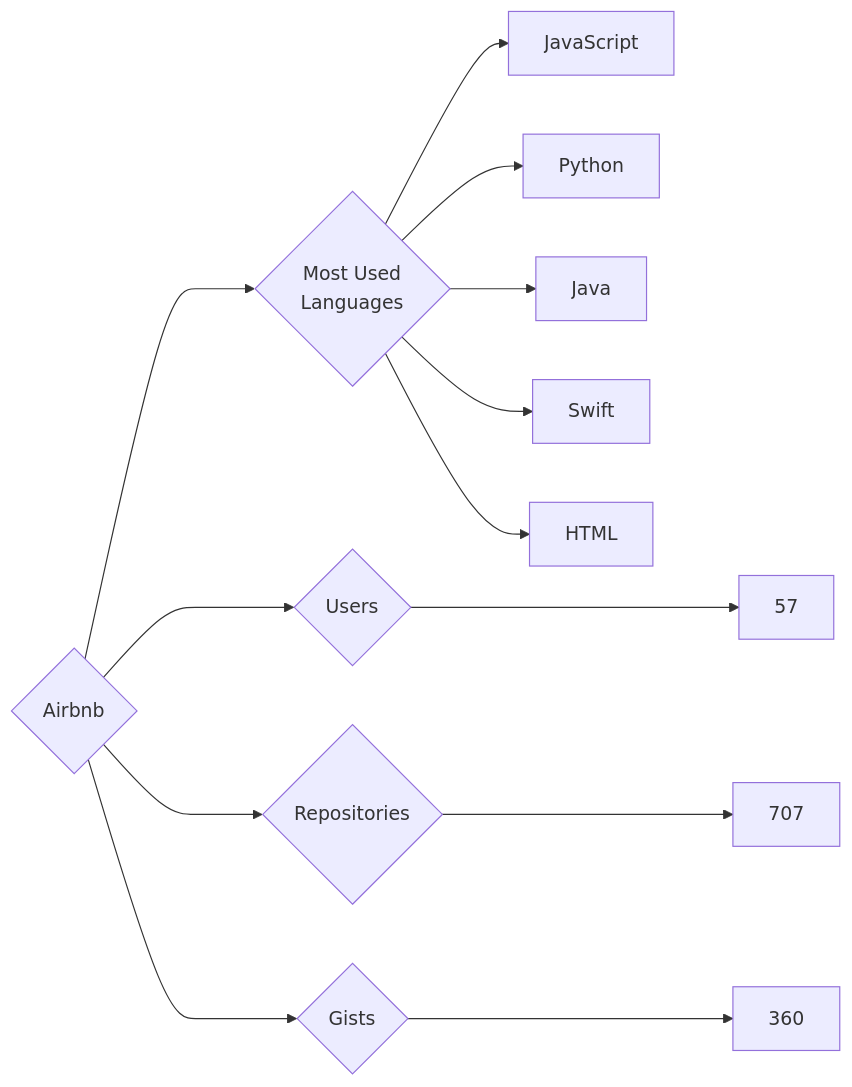
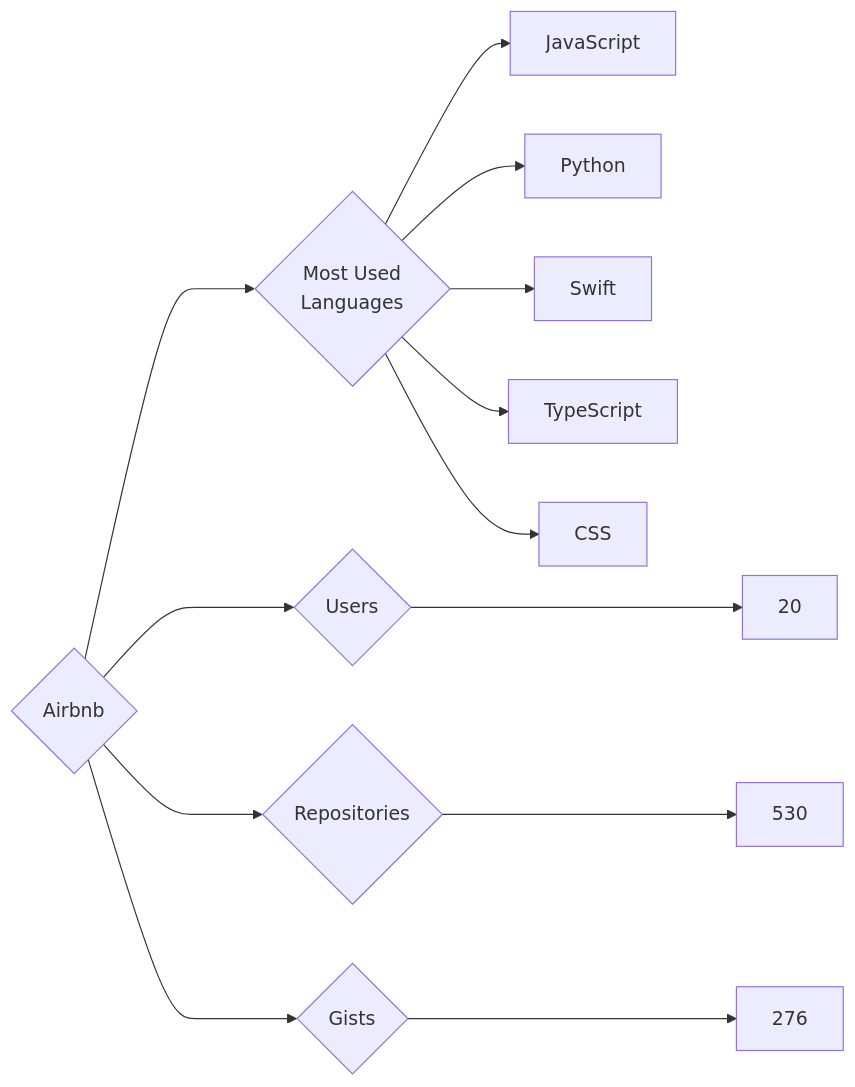
Before and after one commit to trickest/insiders: the diagram in targets/Airbnb/README.md, drawn with Mermaid. The commit also changed 777 other files, not shown here.

````diff
--- a/targets/Airbnb/README.md
+++ b/targets/Airbnb/README.md
@@ -3,13 +3,13 @@
 ```mermaid
 graph LR
 COMPANY_NAME{Airbnb}
-COMPANY_NAME ---> U{Users} ---> UN[57]
-COMPANY_NAME ---> R{Repositories} ---> RN[707]
-COMPANY_NAME ---> G{Gists} ---> GN[360]
+COMPANY_NAME ---> U{Users} ---> UN[20]
+COMPANY_NAME ---> R{Repositories} ---> RN[530]
+COMPANY_NAME ---> G{Gists} ---> GN[276]
 COMPANY_NAME ---> ML{Most Used<br>Languages}
 ML --> JavaScript[JavaScript]
 ML --> Python[Python]
-ML --> Java[Java]
 ML --> Swift[Swift]
-ML --> HTML[HTML]
+ML --> TypeScript[TypeScript]
+ML --> CSS[CSS]
 ```
````
